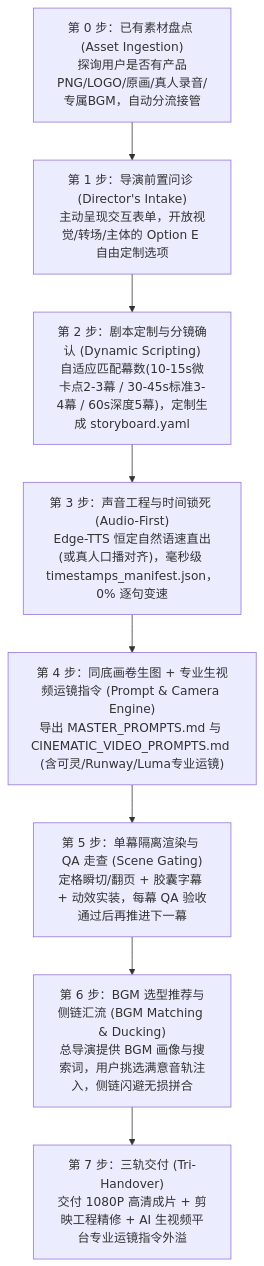
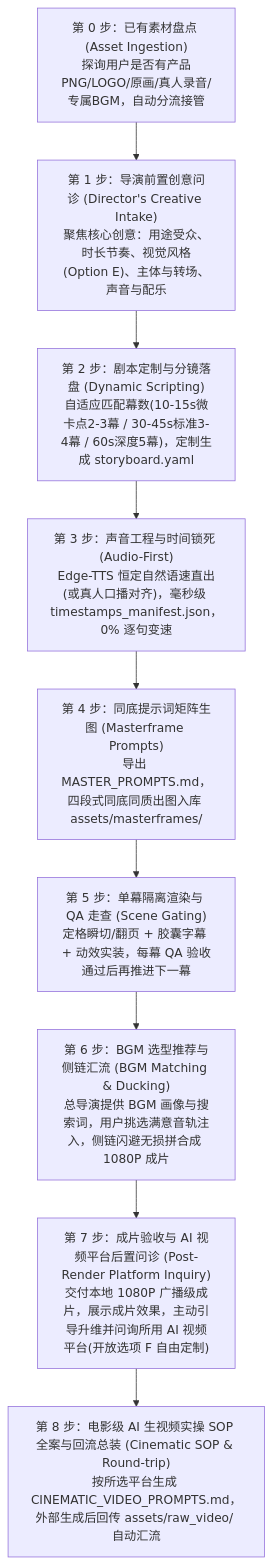
Before and after one commit to Bruceqiu67/human-ai-video-director: the diagram in .gemini/skills/human-ai-video-director/SKILL.md, drawn with Mermaid. The commit also changed other lines of this file and 3 other files, not shown here.

Commit message:
docs(flow): decouple target platform inquiry to post-render handover and add Option F

````diff
--- a/.gemini/skills/human-ai-video-director/SKILL.md
+++ b/.gemini/skills/human-ai-video-director/SKILL.md
@@ -20,11 +20,12 @@
 ```mermaid
 flowchart TD
     S0["第 0 步：已有素材盘点 (Asset Ingestion)<br/>探询用户是否有产品PNG/LOGO/原画/真人录音/专属BGM，自动分流接管"] --> S1
-    S1["第 1 步：导演前置问诊 (Director's Intake)<br/>主动呈现交互表单，开放视觉/转场/主体的 Option E 自由定制选项"] --> S2
-    S2["第 2 步：剧本定制与分镜确认 (Dynamic Scripting)<br/>自适应匹配幕数(10-15s微卡点2-3幕 / 30-45s标准3-4幕 / 60s深度5幕)，定制生成 storyboard.yaml"] --> S3
+    S1["第 1 步：导演前置创意问诊 (Director's Creative Intake)<br/>聚焦核心创意：用途受众、时长节奏、视觉风格(Option E)、主体与转场、声音与配乐"] --> S2
+    S2["第 2 步：剧本定制与分镜落盘 (Dynamic Scripting)<br/>自适应匹配幕数(10-15s微卡点2-3幕 / 30-45s标准3-4幕 / 60s深度5幕)，定制生成 storyboard.yaml"] --> S3
     S3["第 3 步：声音工程与时间锁死 (Audio-First)<br/>Edge-TTS 恒定自然语速直出(或真人口播对齐)，毫秒级 timestamps_manifest.json，0% 逐句变速"] --> S4
-    S4["第 4 步：同底画卷生图 + 专业生视频运镜指令 (Prompt & Camera Engine)<br/>导出 MASTER_PROMPTS.md 与 CINEMATIC_VIDEO_PROMPTS.md (含可灵/Runway/Luma专业运镜)"] --> S5
+    S4["第 4 步：同底提示词矩阵生图 (Masterframe Prompts)<br/>导出 MASTER_PROMPTS.md，四段式同底同质出图入库 assets/masterframes/"] --> S5
     S5["第 5 步：单幕隔离渲染与 QA 走查 (Scene Gating)<br/>定格瞬切/翻页 + 胶囊字幕 + 动效实装，每幕 QA 验收通过后再推进下一幕"] --> S6
-    S6["第 6 步：BGM 选型推荐与侧链汇流 (BGM Matching & Ducking)<br/>总导演提供 BGM 画像与搜索词，用户挑选满意音轨注入，侧链闪避无损拼合"] --> S7
-    S7["第 7 步：三轨交付 (Tri-Handover)<br/>交付 1080P 高清成片 + 剪映工程精修 + AI 生视频平台专业运镜指令外溢"]
+    S6["第 6 步：BGM 选型推荐与侧链汇流 (BGM Matching & Ducking)<br/>总导演提供 BGM 画像与搜索词，用户挑选满意音轨注入，侧链闪避无损拼合成 1080P 成片"] --> S7
+    S7["第 7 步：成片验收与 AI 视频平台后置问诊 (Post-Render Platform Inquiry)<br/>交付本地 1080P 广播级成片，展示成片效果，主动引导升维并问询所用 AI 视频平台(开放选项 F 自由定制)"] --> S8
+    S8["第 8 步：电影级 AI 生视频实操 SOP 全案与回流总装 (Cinematic SOP & Round-trip)<br/>按所选平台生成 CINEMATIC_VIDEO_PROMPTS.md，外部生成后回传 assets/raw_video/ 自动汇流"]
 ```
````
